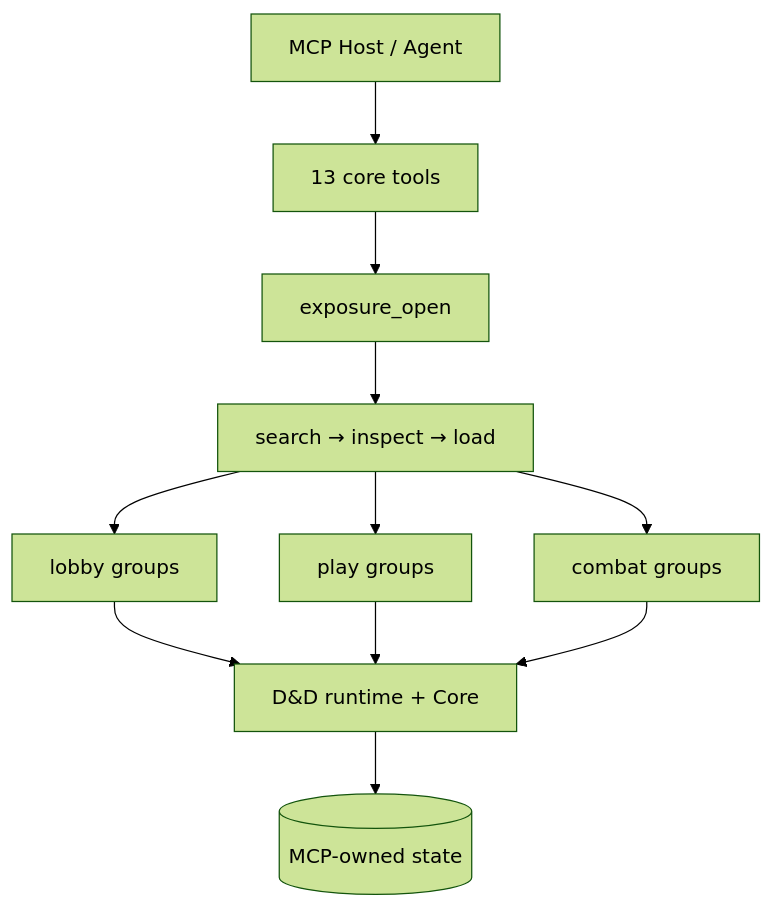
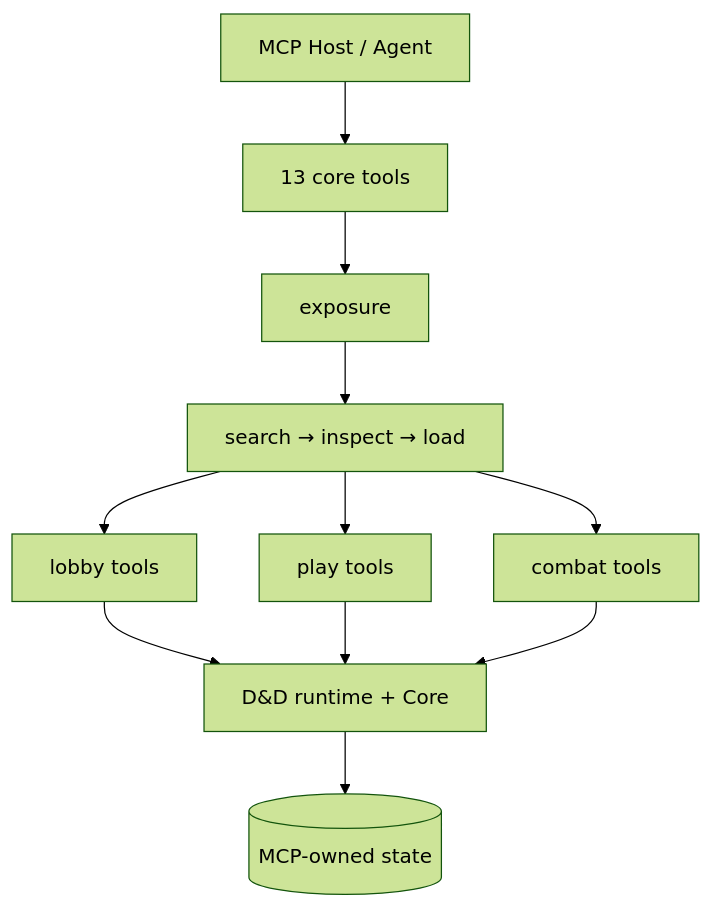
Before and after one commit to SagaSmithAI/SagaSmith-dnd-mcp: the diagram in README.md, drawn with Mermaid (forest theme). The commit also changed other lines of this file and 21 other files, not shown here.

````diff
--- a/README.md
+++ b/README.md
@@ -23,13 +23,13 @@
 ```mermaid
 flowchart TB
     H[MCP Host / Agent] --> C[13 core tools]
-    C --> O[exposure_open]
+    C --> O[exposure]
     O --> S[search → inspect → load]
-    S --> L[lobby groups]
-    S --> P[play groups]
-    S --> B[combat groups]
+    S --> L[lobby tools]
+    S --> P[play tools]
+    S --> B[combat tools]
     L --> R[D&D runtime + Core]
     P --> R
     B --> R
     R --> D[(MCP-owned state)]
 ```
````
